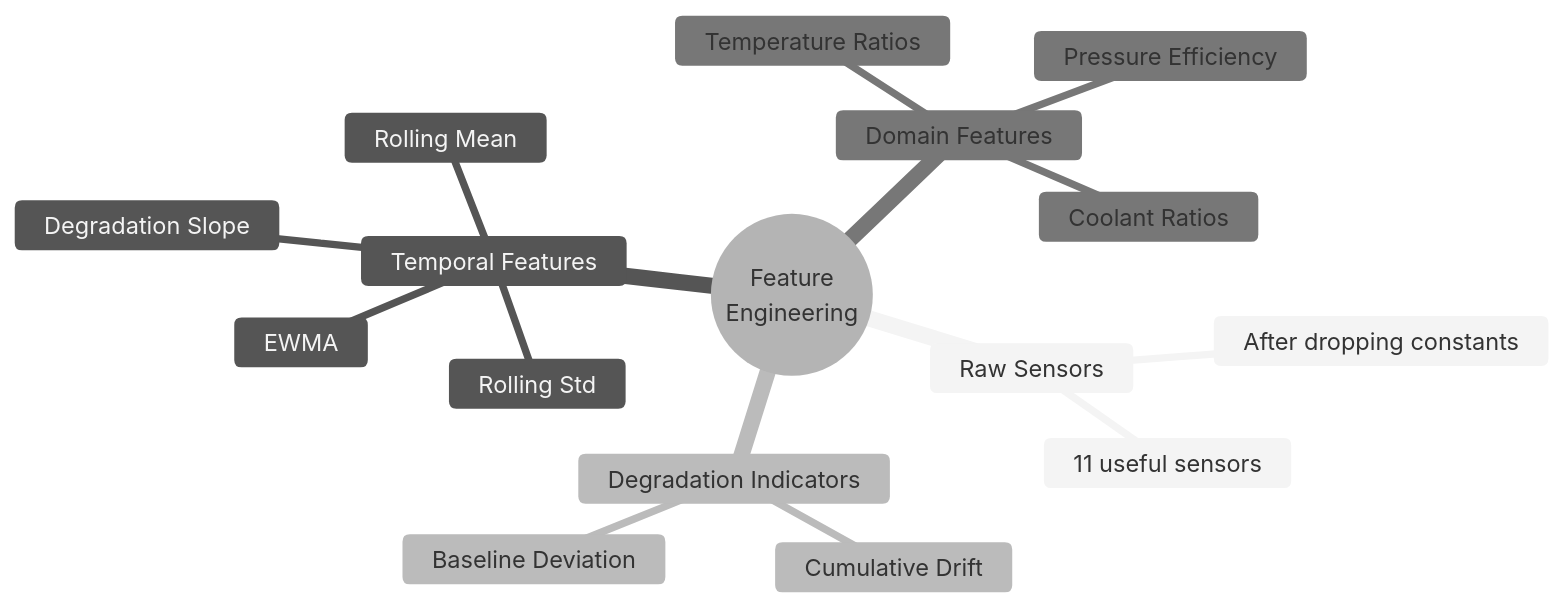
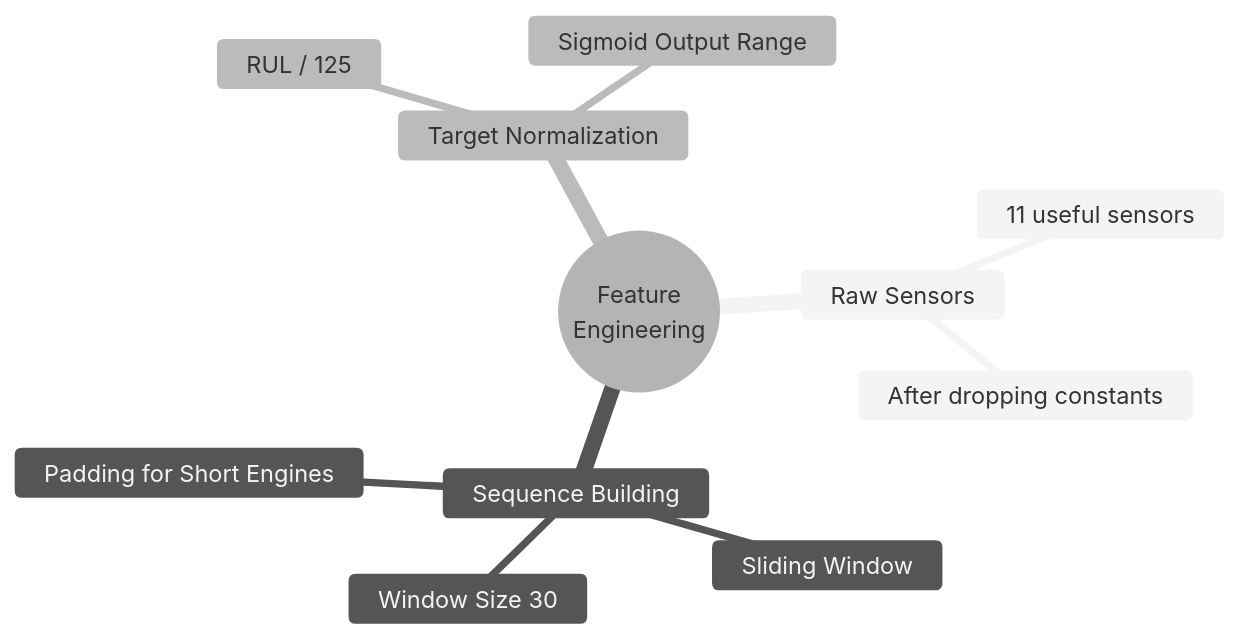
The first of 2 diagrams in docs/03_feature_engineering.md (nasim-raj-laskar/Real-Time-Aircraft-Engine-Predictive-Maintenance-System), drawn with Mermaid (neutral theme) before and after one commit. The commit also changed other lines of this file and 6 other files, not shown here.

````diff
--- a/docs/03_feature_engineering.md
+++ b/docs/03_feature_engineering.md
@@ -7,19 +7,14 @@
 ```mermaid
 mindmap
   root((Feature<br/>Engineering))
     Raw Sensors
       11 useful sensors
       After dropping constants
-    Temporal Features
-      Rolling Mean
-      Rolling Std
-      Degradation Slope
-      EWMA
-    Degradation Indicators
-      Baseline Deviation
-      Cumulative Drift
-    Domain Features
-      Temperature Ratios
-      Pressure Efficiency
-      Coolant Ratios
+    Sequence Building
+      Sliding Window
+      Window Size 30
+      Padding for Short Engines
+    Target Normalization
+      RUL / 125
+      Sigmoid Output Range
 ```
````
